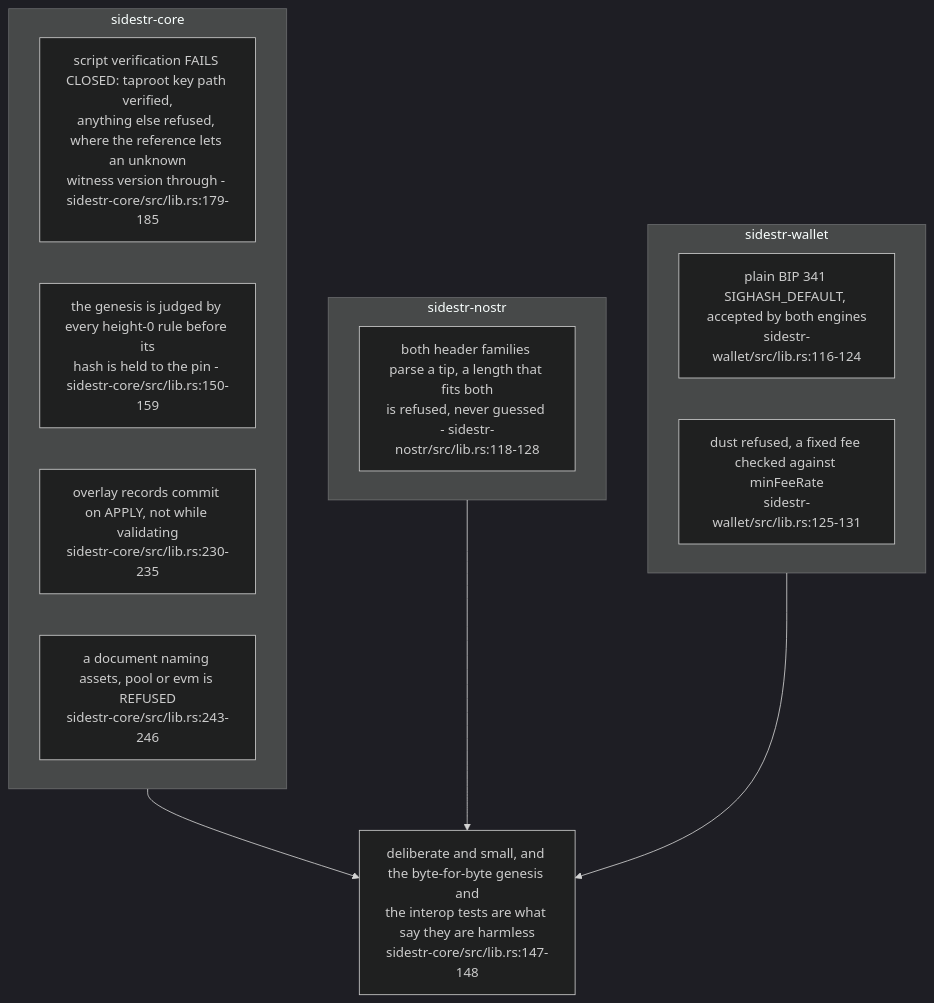
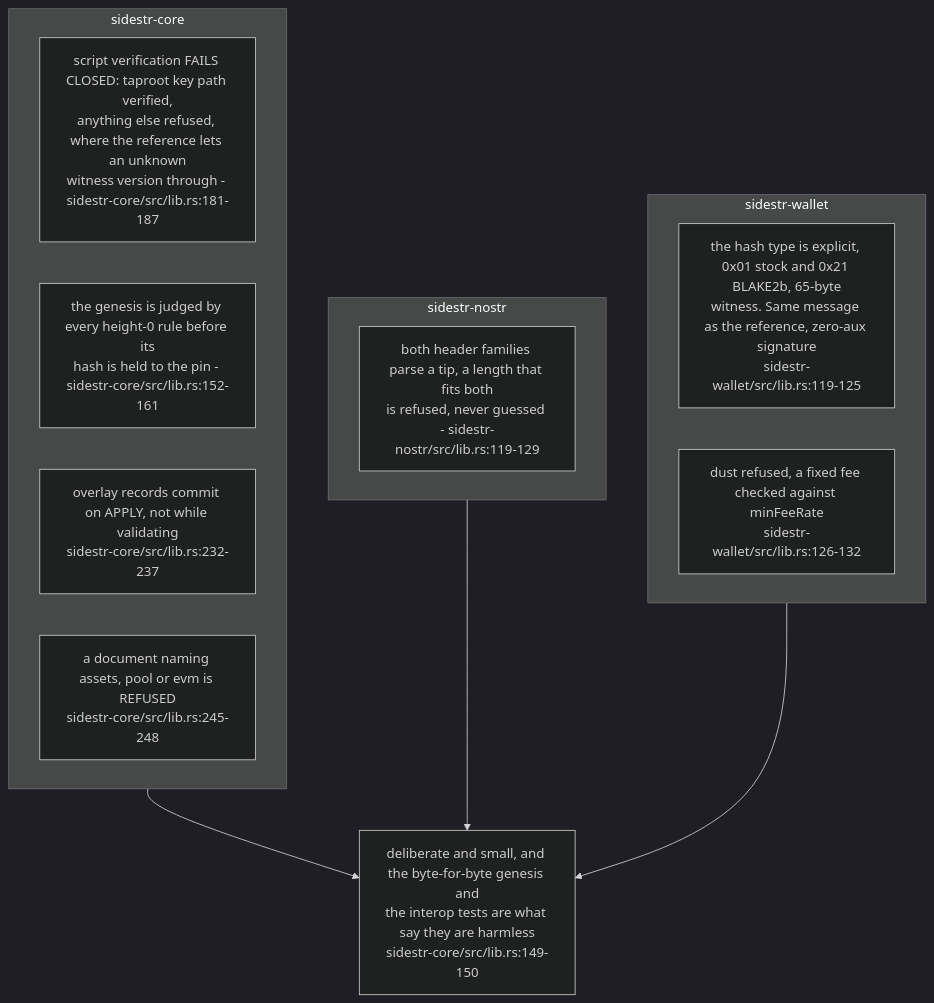
Before and after one commit to DreamLab-AI/VisionFlow: the fourth of 6 diagrams in docs/diagrams/sidestr-rs/01-crates-oracle-and-live-loop.md, drawn with Mermaid (dark theme). The commit also changed other lines of this file and 5 other files, not shown here.

First line of the commit message:
docs(diagrams): re-stamp SR-01 at sidestr-rs 592b2ff — six crates, pinned oracle CI, SPEC 0.0.3, sidestr-agent

````diff
--- a/docs/diagrams/sidestr-rs/01-crates-oracle-and-live-loop.md
+++ b/docs/diagrams/sidestr-rs/01-crates-oracle-and-live-loop.md
@@ -140,19 +152,19 @@
 ```mermaid
 flowchart TB
     subgraph core["sidestr-core"]
-        D1["script verification FAILS CLOSED: taproot key path verified,<br/>anything else refused, where the reference lets an unknown<br/>witness version through - sidestr-core/src/lib.rs:179-185"]
-        D2["the genesis is judged by every height-0 rule before its<br/>hash is held to the pin - sidestr-core/src/lib.rs:150-159"]
-        D3["overlay records commit on APPLY, not while validating<br/>sidestr-core/src/lib.rs:230-235"]
-        D4["a document naming assets, pool or evm is REFUSED<br/>sidestr-core/src/lib.rs:243-246"]
+        D1["script verification FAILS CLOSED: taproot key path verified,<br/>anything else refused, where the reference lets an unknown<br/>witness version through - sidestr-core/src/lib.rs:181-187"]
+        D2["the genesis is judged by every height-0 rule before its<br/>hash is held to the pin - sidestr-core/src/lib.rs:152-161"]
+        D3["overlay records commit on APPLY, not while validating<br/>sidestr-core/src/lib.rs:232-237"]
+        D4["a document naming assets, pool or evm is REFUSED<br/>sidestr-core/src/lib.rs:245-248"]
     end
     subgraph nostr["sidestr-nostr"]
-        D5["both header families parse a tip, a length that fits both<br/>is refused, never guessed - sidestr-nostr/src/lib.rs:118-128"]
+        D5["both header families parse a tip, a length that fits both<br/>is refused, never guessed - sidestr-nostr/src/lib.rs:119-129"]
     end
     subgraph wallet["sidestr-wallet"]
-        D6["plain BIP 341 SIGHASH_DEFAULT, accepted by both engines<br/>sidestr-wallet/src/lib.rs:116-124"]
-        D7["dust refused, a fixed fee checked against minFeeRate<br/>sidestr-wallet/src/lib.rs:125-131"]
+        D6["the hash type is explicit, 0x01 stock and 0x21 BLAKE2b, 65-byte<br/>witness. Same message as the reference, zero-aux signature<br/>sidestr-wallet/src/lib.rs:119-125"]
+        D7["dust refused, a fixed fee checked against minFeeRate<br/>sidestr-wallet/src/lib.rs:126-132"]
     end
-    core --> EV["deliberate and small, and the byte-for-byte genesis and<br/>the interop tests are what say they are harmless<br/>sidestr-core/src/lib.rs:147-148"]
+    core --> EV["deliberate and small, and the byte-for-byte genesis and<br/>the interop tests are what say they are harmless<br/>sidestr-core/src/lib.rs:149-150"]
     nostr --> EV
     wallet --> EV
 ```
````
